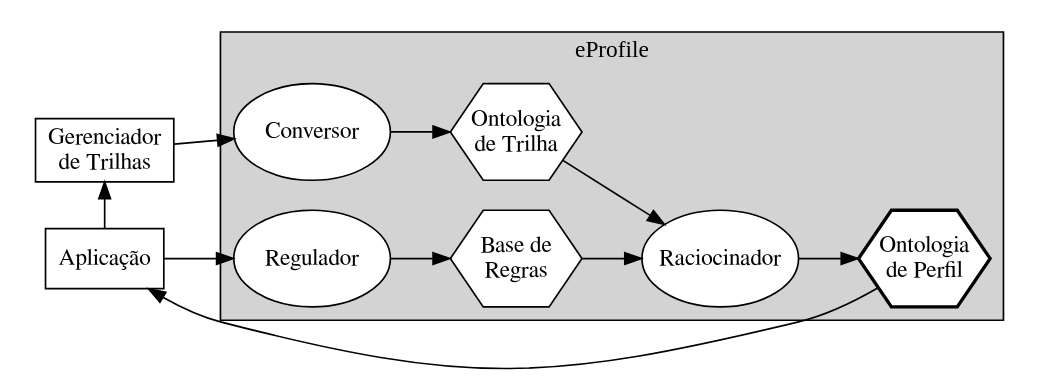
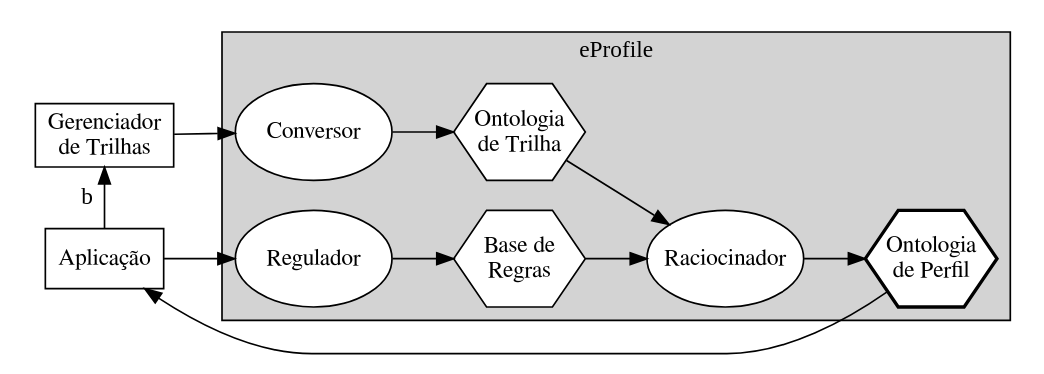
The diagram in academia/dissertacao/graficos/modelo.dot (andrenho/andrenho), drawn with Graphviz before and after one commit. The commit also changed 7 other files, not shown here.

```diff
--- a/academia/dissertacao/graficos/modelo.dot
+++ b/academia/dissertacao/graficos/modelo.dot
@@ -1,50 +1,51 @@
 digraph modelo {
 
   //layout = fdp;
   rankdir = LR;
   sep = 0.3;
 
   node [style=filled,fillcolor=white,fontname="FreeSerif"];
 
   // externos
   node [shape=box]; 
     GerenciadorDeTrilhas [label="Gerenciador\n de Trilhas"]; 
     Aplicação;
 
   // ontologias
   node [shape=hexagon,fixedsize=true,width=1.1,height=0.8]; 
     OntologiaDeTrilha [label="Ontologia\nde Trilha"];
     OntologiaDePerfil [label="Ontologia\nde Perfil",style="bold,filled"];
     BaseDeRegras [label="Base de\nRegras"];
 
   // agentes
   node [shape=oval,fixedsize=true,width=1.3];
     Regulador;
     Raciocinador;
     Conversor;
 
 //node [shape=diamond];
 //  Entidade;
 
   subgraph cluster_eProfile {
     label = "eProfile";
     style = filled;
     fillcolor = lightgrey;
     Conversor -> OntologiaDeTrilha;
     Regulador -> BaseDeRegras;
     BaseDeRegras -> Raciocinador;
     OntologiaDeTrilha -> Raciocinador;
     Raciocinador -> OntologiaDePerfil;
   }
 
   subgraph cluster_ext {
     style = invisible;
 //  Entidade -> Aplicação;
     Aplicação -> Regulador;
     OntologiaDePerfil -> Aplicação;
   }
   
-  Aplicação -> GerenciadorDeTrilhas -> Conversor;
+  Aplicação -> GerenciadorDeTrilhas [label = "b"];
+  GerenciadorDeTrilhas -> Conversor;
 
   fontsize = 12;
 }
```
